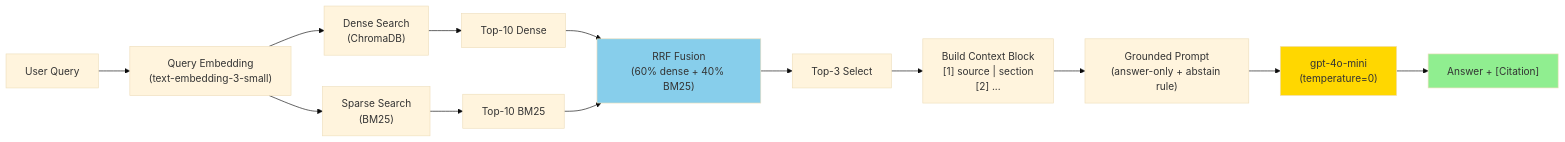
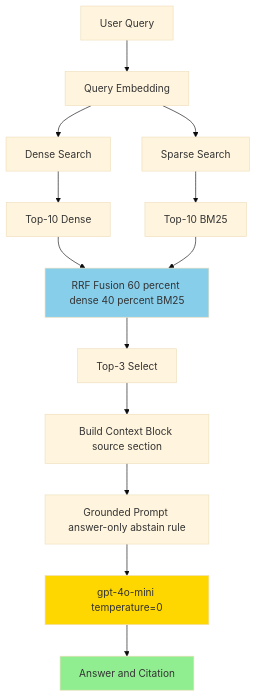
The diagram in docs/architecture.md (hieunguyen481/2A202600144_NguyenDoanHieu_Day8), drawn with Mermaid (base theme) before and after one commit. The commit also changed other lines of this file and 13 other files, not shown here.

````diff
--- a/docs/architecture.md
+++ b/docs/architecture.md
@@ -152,19 +153,19 @@
 ```mermaid
-graph LR
-    Q["User Query"] --> QE["Query Embedding<br/>(text-embedding-3-small)"]
-    QE --> DS["Dense Search<br/>(ChromaDB)"]
-    QE --> BS["Sparse Search<br/>(BM25)"]
-    DS --> D10["Top-10 Dense"]
-    BS --> B10["Top-10 BM25"]
-    D10 --> RRF["RRF Fusion<br/>(60% dense + 40% BM25)"]
+graph TD
+    Q[User Query] --> QE[Query Embedding]
+    QE --> DS[Dense Search]
+    QE --> BS[Sparse Search]
+    DS --> D10[Top-10 Dense]
+    BS --> B10[Top-10 BM25]
+    D10 --> RRF[RRF Fusion 60 percent dense 40 percent BM25]
     B10 --> RRF
-    RRF --> S3["Top-3 Select"]
-    S3 --> BUILD["Build Context Block<br/>[1] source | section<br/>[2] ..."]
-    BUILD --> PROMPT["Grounded Prompt<br/>(answer-only + abstain rule)"]
-    PROMPT --> LLM["gpt-4o-mini<br/>(temperature=0)"]
-    LLM --> ANS["Answer + [Citation]"]
+    RRF --> S3[Top-3 Select]
+    S3 --> BUILD[Build Context Block source section]
+    BUILD --> PROMPT[Grounded Prompt answer-only abstain rule]
+    PROMPT --> LLM[gpt-4o-mini temperature=0]
+    LLM --> ANS[Answer and Citation]
     
     style ANS fill:#90EE90
     style RRF fill:#87CEEB
     style LLM fill:#FFD700
 ```
````
